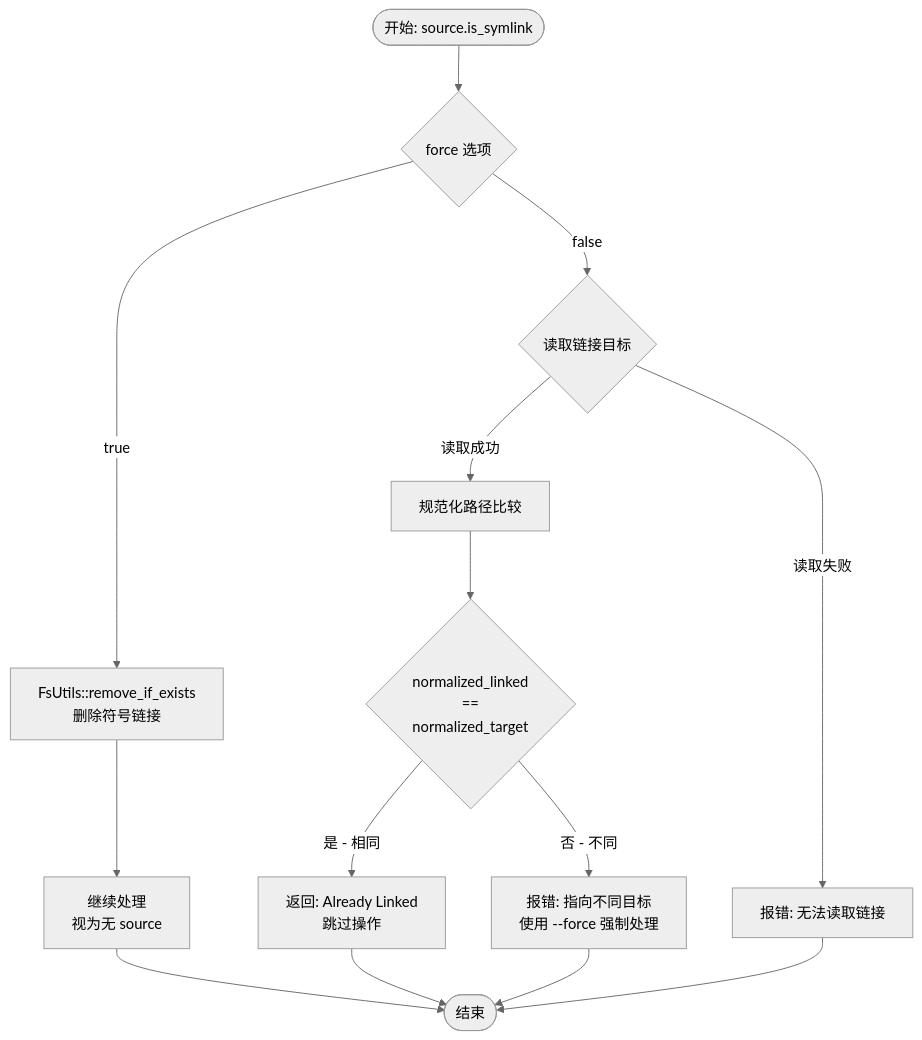
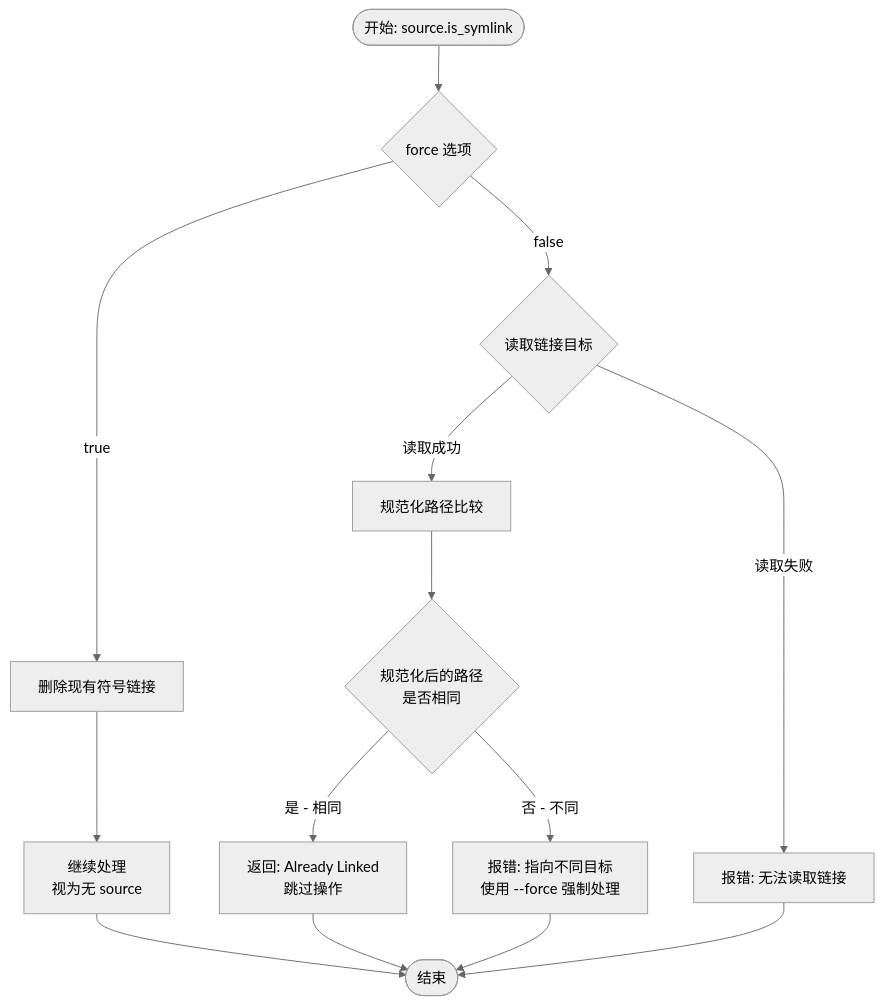
The second of 7 diagrams in docs/workflows.md (morning-start/link-disk), drawn with Mermaid (neutral theme) before and after one commit. The commit also changed other lines of this file, not shown here.

First line of the commit message:
docs: 更新文档中的流程图和说明文本

````diff
--- a/docs/workflows.md
+++ b/docs/workflows.md
@@ -95,16 +95,16 @@
 ```mermaid
 flowchart TD
     START([开始: source.is_symlink]) --> CHECK_FORCE{force 选项}
-    CHECK_FORCE -->|true| REMOVE_LINK[FsUtils::remove_if_exists<br/>删除符号链接]
+    CHECK_FORCE -->|true| REMOVE_LINK[删除现有符号链接]
     CHECK_FORCE -->|false| CHECK_TARGET{读取链接目标}
     REMOVE_LINK --> CONTINUE[继续处理<br/>视为无 source]
     CHECK_TARGET -->|读取成功| NORMALIZE_PATHS[规范化路径比较]
     CHECK_TARGET -->|读取失败| ERROR_READ_LINK[报错: 无法读取链接]
-    NORMALIZE_PATHS --> COMPARE{normalized_linked<br/>==<br/>normalized_target}
+    NORMALIZE_PATHS --> COMPARE{规范化后的路径<br/>是否相同}
     COMPARE -->|是 - 相同| RETURN_LINKED[返回: Already Linked<br/>跳过操作]
     COMPARE -->|否 - 不同| ERROR_DIFFERENT[报错: 指向不同目标<br/>使用 --force 强制处理]
     RETURN_LINKED --> END([结束])
     ERROR_READ_LINK --> END
     ERROR_DIFFERENT --> END
     CONTINUE --> END
 ```
````
